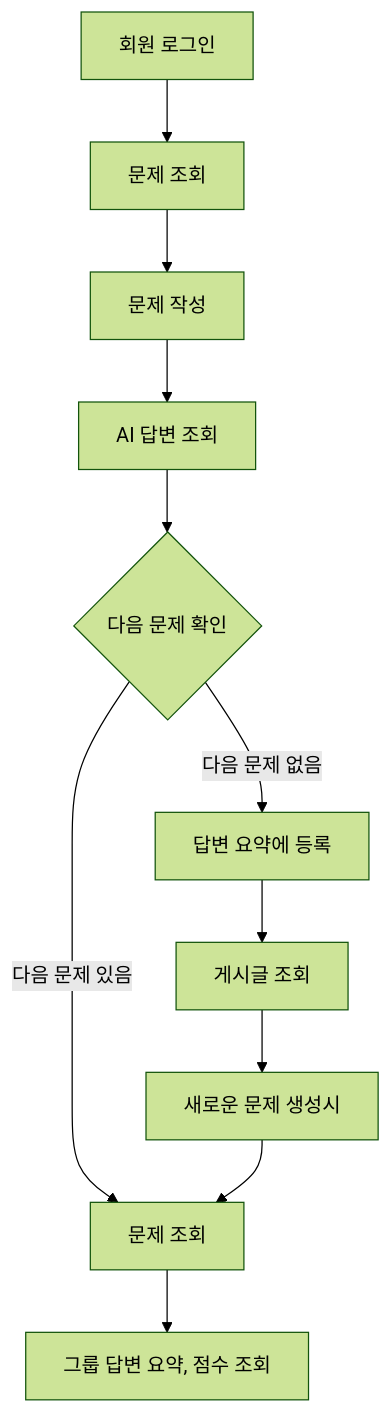
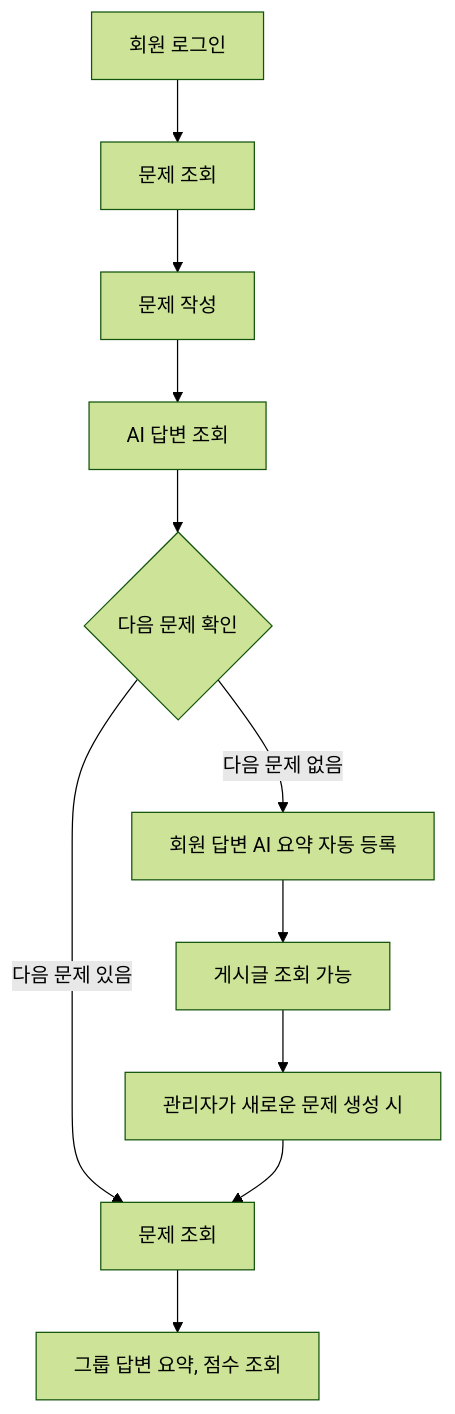
One commit to rookies-team-6/back changed the second of 4 diagrams in domain.md. Above: the diagram before and after it, drawn with Mermaid (forest theme). The commit also changed other lines of this file, not shown here.

````diff
--- a/domain.md
+++ b/domain.md
@@ -74,13 +74,13 @@
 ```mermaid
 graph TD
     A[회원 로그인] --> B[문제 조회]
     B[문제 조회] --> C[문제 작성]
     C[문제 작성] --> D[AI 답변 조회]
     D --> E{다음 문제 확인}
     E -->|다음 문제 있음| F[문제 조회]
-    E -->|다음 문제 없음| G[답변 요약에 등록]
+    E -->|다음 문제 없음| G[회원 답변 AI 요약 자동 등록]
     F --> H[그룹 답변 요약, 점수 조회]
-    G --> I[게시글 조회]
-    I --> J[새로운 문제 생성시]
+    G --> I[게시글 조회 가능]
+    I --> J[관리자가 새로운 문제 생성 시]
     J --> F
 ```
````
